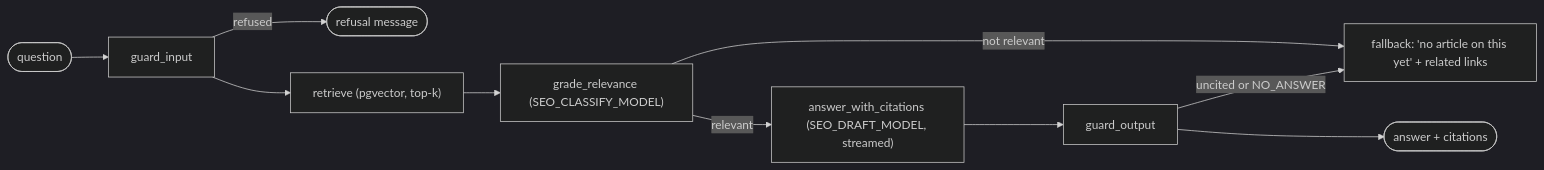
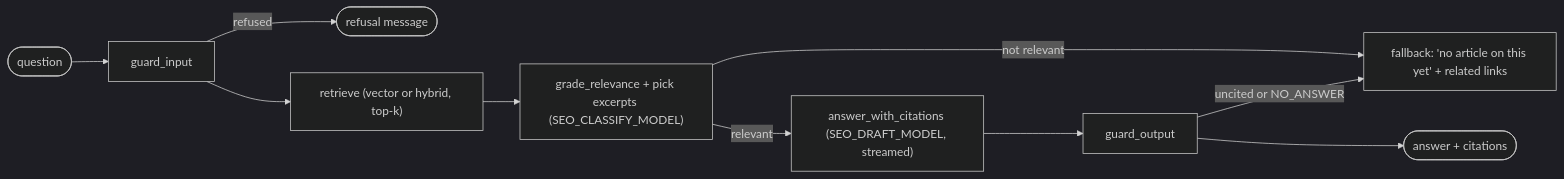
Before and after one commit to mrjithendar/moks-cms: the diagram in services/www/docs/seo/RAG.md, drawn with Mermaid (dark theme). The commit also changed other lines of this file and 42 other files, not shown here.

First line of the commit message:
v5 phase 2: RAG quality — eval set, token chunking, hybrid retrieval, calibrated floor, grader-selected excerpts

````diff
--- a/services/www/docs/seo/RAG.md
+++ b/services/www/docs/seo/RAG.md
@@ -13,10 +13,10 @@
 ```mermaid
 flowchart LR
   S([question]) --> GI[guard_input]
   GI -->|refused| R([refusal message])
-  GI --> RT["retrieve (pgvector, top-k)"] --> GR["grade_relevance (SEO_CLASSIFY_MODEL)"]
+  GI --> RT["retrieve (vector or hybrid, top-k)"] --> GR["grade_relevance + pick excerpts (SEO_CLASSIFY_MODEL)"]
   GR -->|relevant| AN["answer_with_citations (SEO_DRAFT_MODEL, streamed)"] --> GO[guard_output]
   GR -->|not relevant| FB["fallback: 'no article on this yet' + related links"]
   GO -->|uncited or NO_ANSWER| FB
   GO --> A([answer + citations])
 ```
````
